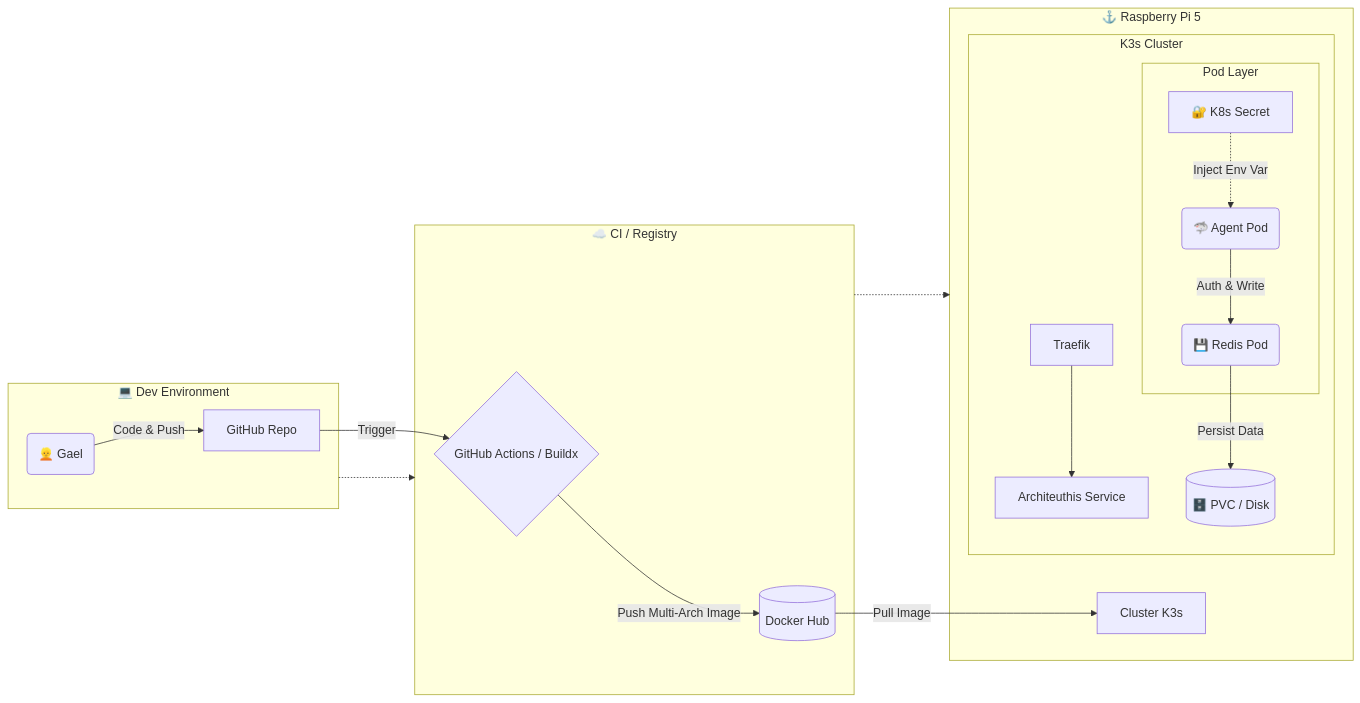
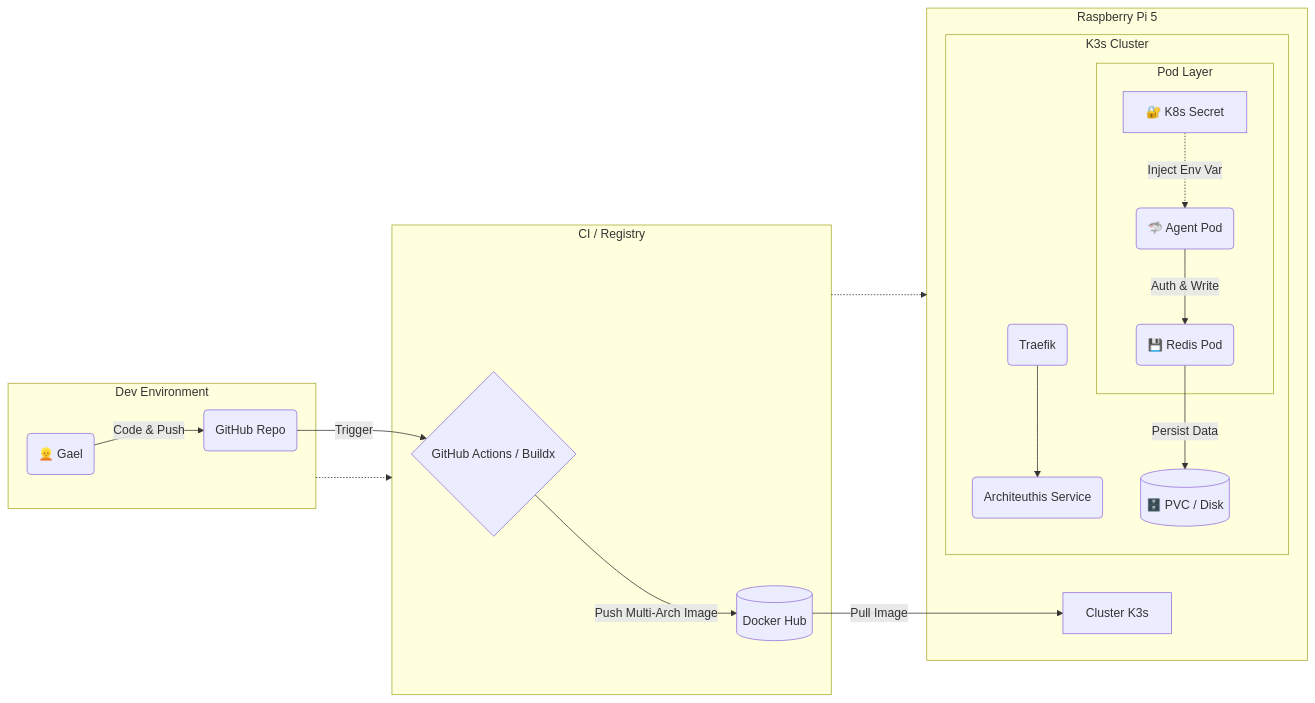
One commit to Gael-Troadec/K3s-Pi5-Lab changed the diagram in README.md. Above: the diagram before and after it, drawn with Mermaid.

````diff
--- a/README.md
+++ b/README.md
@@ -41,30 +41,30 @@
 ```mermaid
 graph LR
-    subgraph Developer_Zone ["💻 Dev Environment"]
-        User("👱 Gael") -->|Code & Push| GitHub["GitHub Repo"]
+    subgraph DevEnv ["Dev Environment"]
+        User("👱 Gael") -->|Code & Push| GitHub("GitHub Repo")
     end
     
-    subgraph Cloud_CI ["☁️ CI / Registry"]
+    subgraph CI ["CI / Registry"]
         GitHub -->|Trigger| Actions{"GitHub Actions / Buildx"}
         Actions -->|Push Multi-Arch Image| Hub[("Docker Hub")]
     end
     
-    subgraph Edge_Prod ["⚓ Raspberry Pi 5"]
+    subgraph Edge ["Raspberry Pi 5"]
         Hub -->|Pull Image| K3s["Cluster K3s"]
         
-        subgraph K3s_Cluster ["K3s Cluster"]
-            Ingress["Traefik"] --> AppSvc["Architeuthis Service"]
+        subgraph Cluster ["K3s Cluster"]
+            Ingress("Traefik") --> AppSvc("Architeuthis Service")
             
-            subgraph Pod_Layer ["Pod Layer"]
+            subgraph Pods ["Pod Layer"]
                 Secret["🔐 K8s Secret"] -.->|Inject Env Var| AppPod("🦈 Agent Pod")
                 AppPod -->|Auth & Write| RedisPod("💾 Redis Pod")
             end
             
             RedisPod -->|Persist Data| PVC[("🗄️ PVC / Disk")]
         end
     end
     
     %% Liens entre les zones
-    Developer_Zone -.-> Cloud_CI
-    Cloud_CI -.-> Edge_Prod
+    DevEnv -.-> CI
+    CI -.-> Edge
 ```
````
